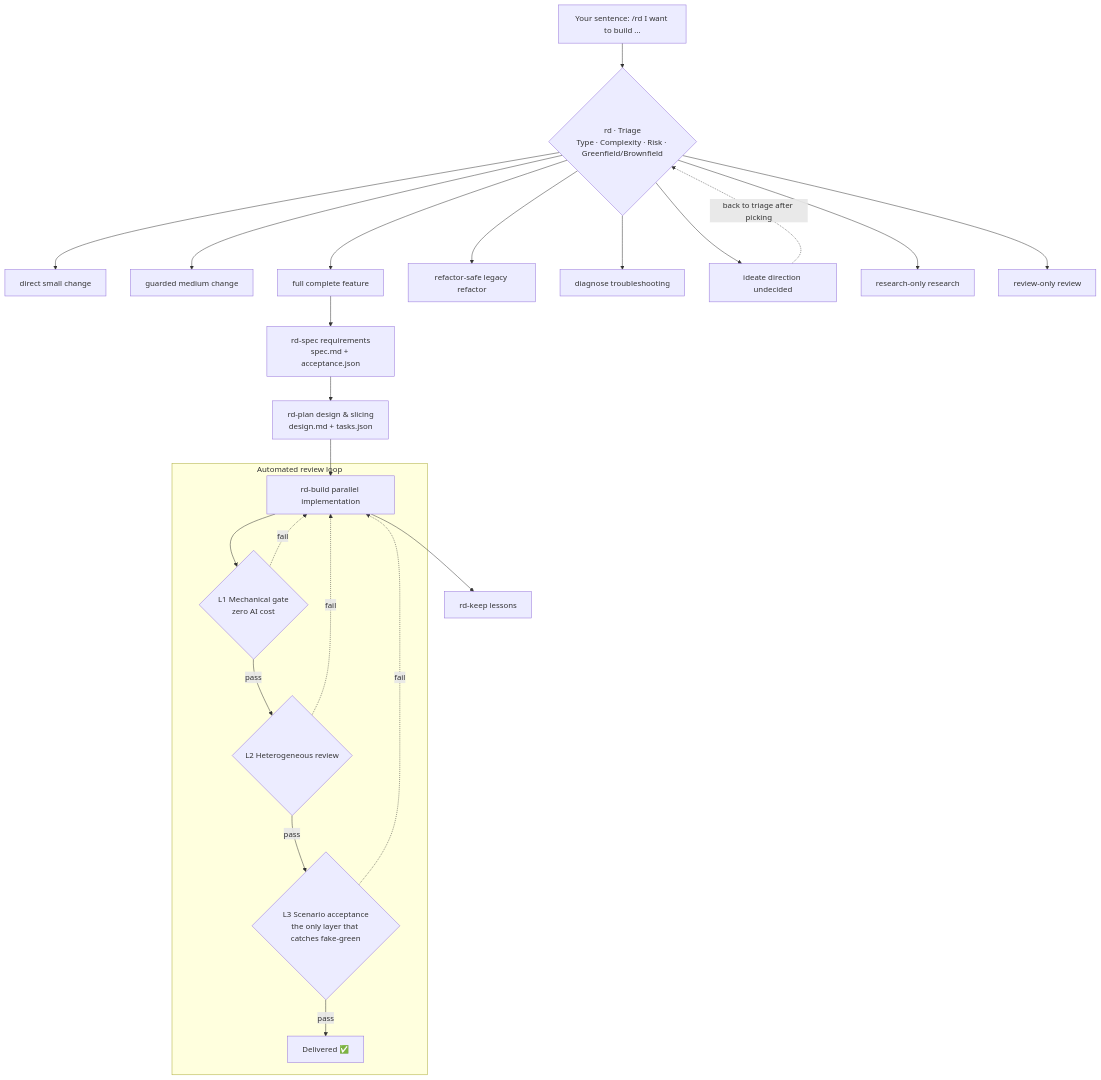
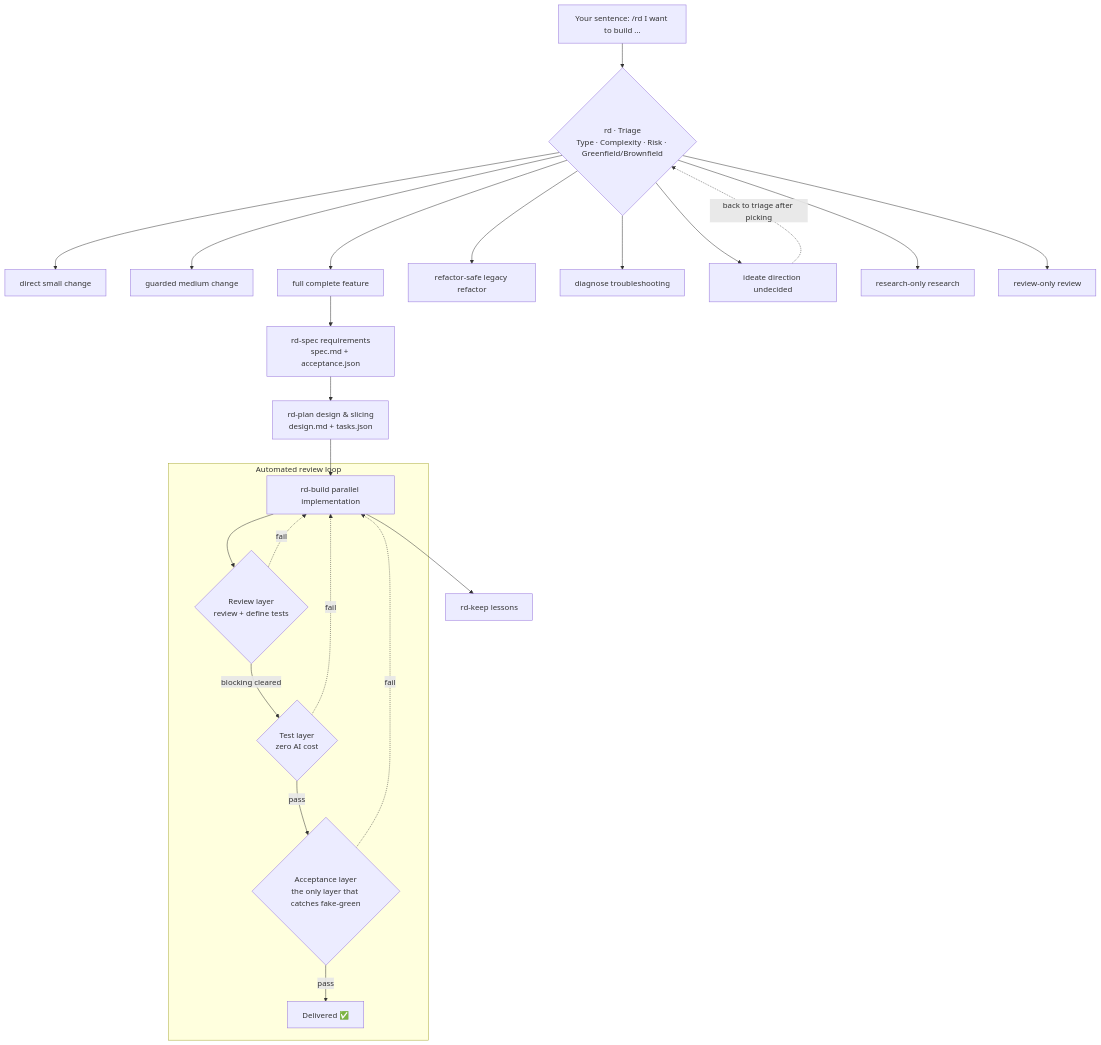
One commit to bluesxu/Agent-RD changed the diagram in docs/README_en.md. Above: the diagram before and after it, drawn with Mermaid. The commit also changed other lines of this file and 29 other files, not shown here.

````diff
--- a/docs/README_en.md
+++ b/docs/README_en.md
@@ -220,29 +220,29 @@
 ```mermaid
 flowchart TB
     U["Your sentence: /rd I want to build ..."] --> R{"rd · Triage<br/>Type · Complexity · Risk · Greenfield/Brownfield"}
     R --> D["direct small change"]
     R --> G["guarded medium change"]
     R --> F["full complete feature"]
     R --> RS["refactor-safe legacy refactor"]
     R --> DG["diagnose troubleshooting"]
     R --> ID["ideate direction undecided"]
     R --> RO["research-only research"]
     R --> RV["review-only review"]
 
     F --> SP["rd-spec requirements<br/>spec.md + acceptance.json"]
     SP --> PL["rd-plan design & slicing<br/>design.md + tasks.json"]
     PL --> BU["rd-build parallel implementation"]
 
     subgraph CL["Automated review loop"]
-        BU --> L1{"L1 Mechanical gate<br/>zero AI cost"}
-        L1 -->|pass| L2{"L2 Heterogeneous review"}
-        L2 -->|pass| L3{"L3 Scenario acceptance<br/>the only layer that catches fake-green"}
-        L3 -->|pass| OK["Delivered ✅"]
-        L1 -.fail.-> BU
-        L2 -.fail.-> BU
-        L3 -.fail.-> BU
+        BU --> REV{"Review layer<br/>review + define tests"}
+        REV -->|blocking cleared| TST{"Test layer<br/>zero AI cost"}
+        TST -->|pass| ACC{"Acceptance layer<br/>the only layer that catches fake-green"}
+        ACC -->|pass| OK["Delivered ✅"]
+        REV -.fail.-> BU
+        TST -.fail.-> BU
+        ACC -.fail.-> BU
     end
 
     BU --> K["rd-keep lessons"]
     ID -.back to triage after picking.-> R
 ```
````
